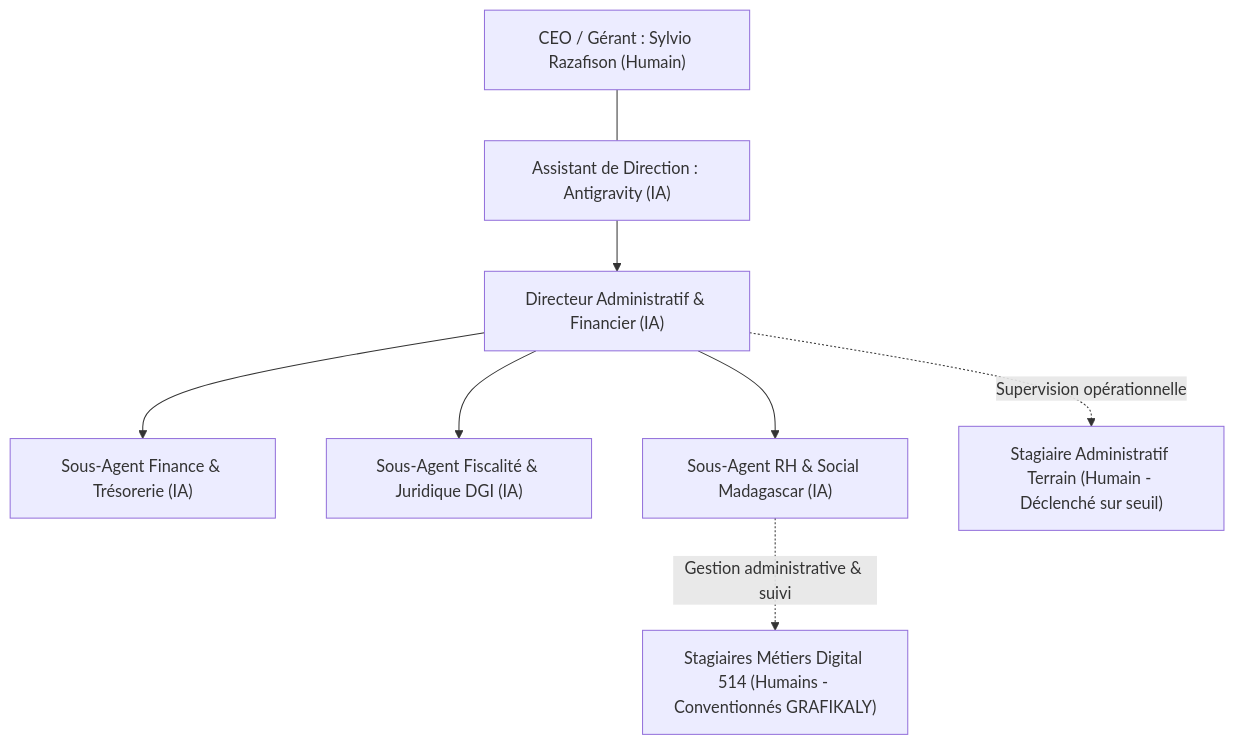
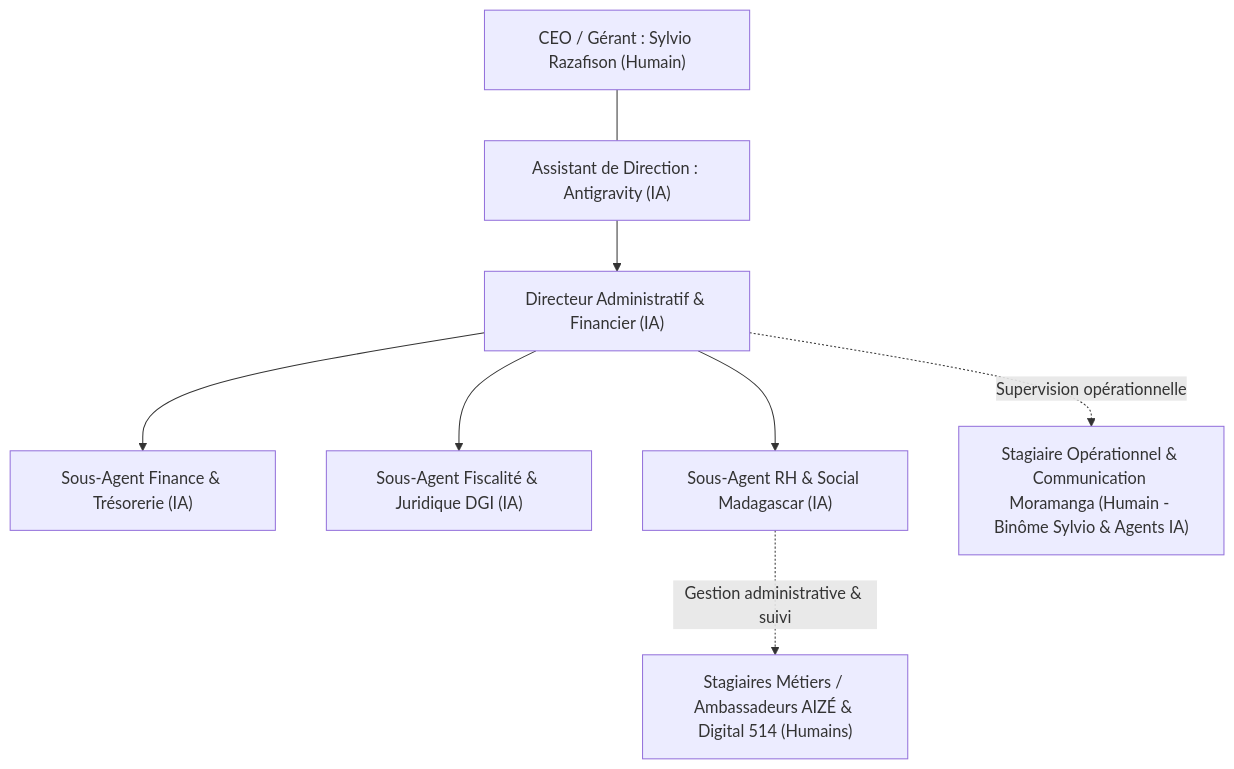
The second of 2 diagrams in docs/administration/01-charte-gouvernance-organigramme.md (herysylvio/grafikaly-automation), drawn with Mermaid before and after one commit. The commit also changed other lines of this file and 3 other files, not shown here.

Commit message:
feat(rh): integration du profil stagiaire Moramanga, AIZE sous Digital 514 et moteur de commissions

````diff
--- a/docs/administration/01-charte-gouvernance-organigramme.md
+++ b/docs/administration/01-charte-gouvernance-organigramme.md
@@ -80,22 +82,22 @@
 ```mermaid
 graph TD
     CEO["CEO / Gérant : Sylvio Razafison (Humain)"]
     AD["Assistant de Direction : Antigravity (IA)"]
     
     RAF["Directeur Administratif & Financier (IA)"]
     
     F1["Sous-Agent Finance & Trésorerie (IA)"]
     F2["Sous-Agent Fiscalité & Juridique DGI (IA)"]
     F3["Sous-Agent RH & Social Madagascar (IA)"]
     
-    H1["Stagiaire Administratif Terrain (Humain - Déclenché sur seuil)"]
-    H2["Stagiaires Métiers Digital 514 (Humains - Conventionnés GRAFIKALY)"]
+    H1["Stagiaire Opérationnel & Communication Moramanga (Humain - Binôme Sylvio & Agents IA)"]
+    H2["Stagiaires Métiers / Ambassadeurs AIZÉ & Digital 514 (Humains)"]
 
     CEO --- AD
     AD --> RAF
     RAF --> F1
     RAF --> F2
     RAF --> F3
     RAF -.->|Supervision opérationnelle| H1
     F3 -.->|Gestion administrative & suivi| H2
 ```
````
